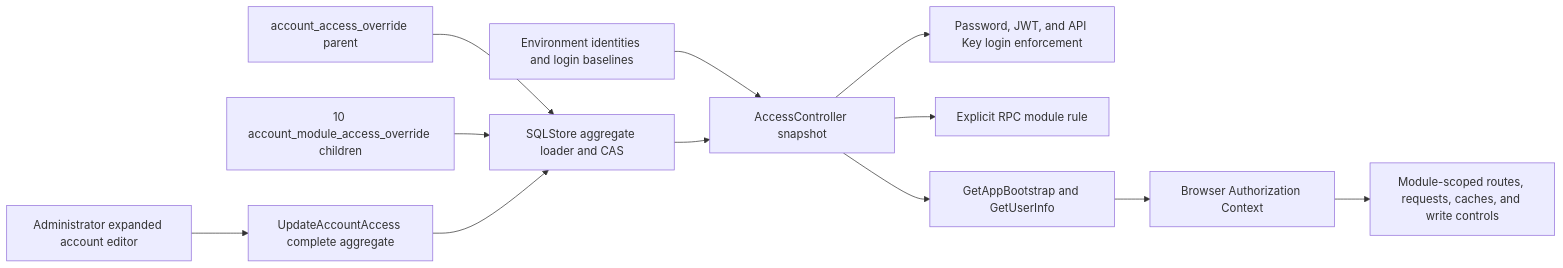
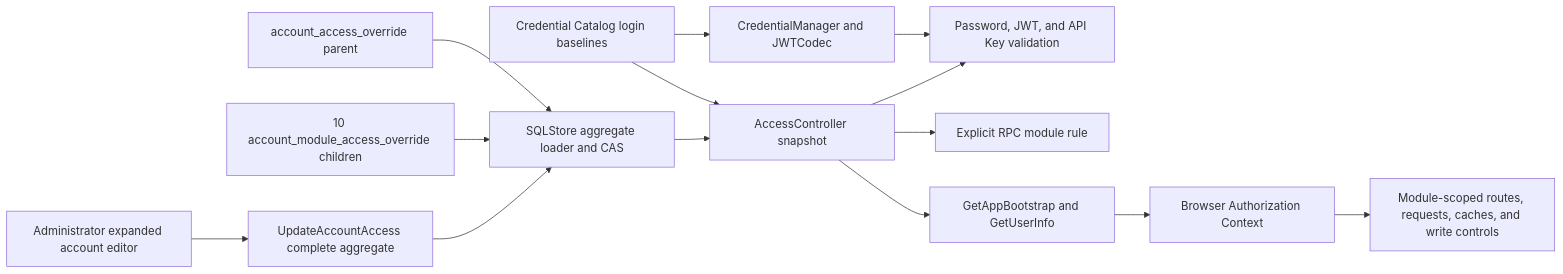
The diagram in docs/design/identity-access/account-access-control.md (useryege/athena-o), drawn with Mermaid before and after one commit. The commit also changed other lines of this file and 21 other files, not shown here.

````diff
--- a/docs/design/identity-access/account-access-control.md
+++ b/docs/design/identity-access/account-access-control.md
@@ -37,14 +38,16 @@
 ```mermaid
 flowchart LR
-    E["Environment identities and login baselines"] --> C["AccessController snapshot"]
+    E["Credential Catalog login baselines"] --> C["AccessController snapshot"]
+    E --> D["CredentialManager and JWTCodec"]
     H["account_access_override parent"] --> S["SQLStore aggregate loader and CAS"]
     M["10 account_module_access_override children"] --> S
     S --> C
     A["Administrator expanded account editor"] --> U["UpdateAccountAccess complete aggregate"]
     U --> S
-    C --> L["Password, JWT, and API Key login enforcement"]
+    D --> L["Password, JWT, and API Key validation"]
+    C --> L
     C --> R["Explicit RPC module rule"]
     C --> B["GetAppBootstrap and GetUserInfo"]
     B --> X["Browser Authorization Context"]
     X --> Q["Module-scoped routes, requests, caches, and write controls"]
 ```
````
